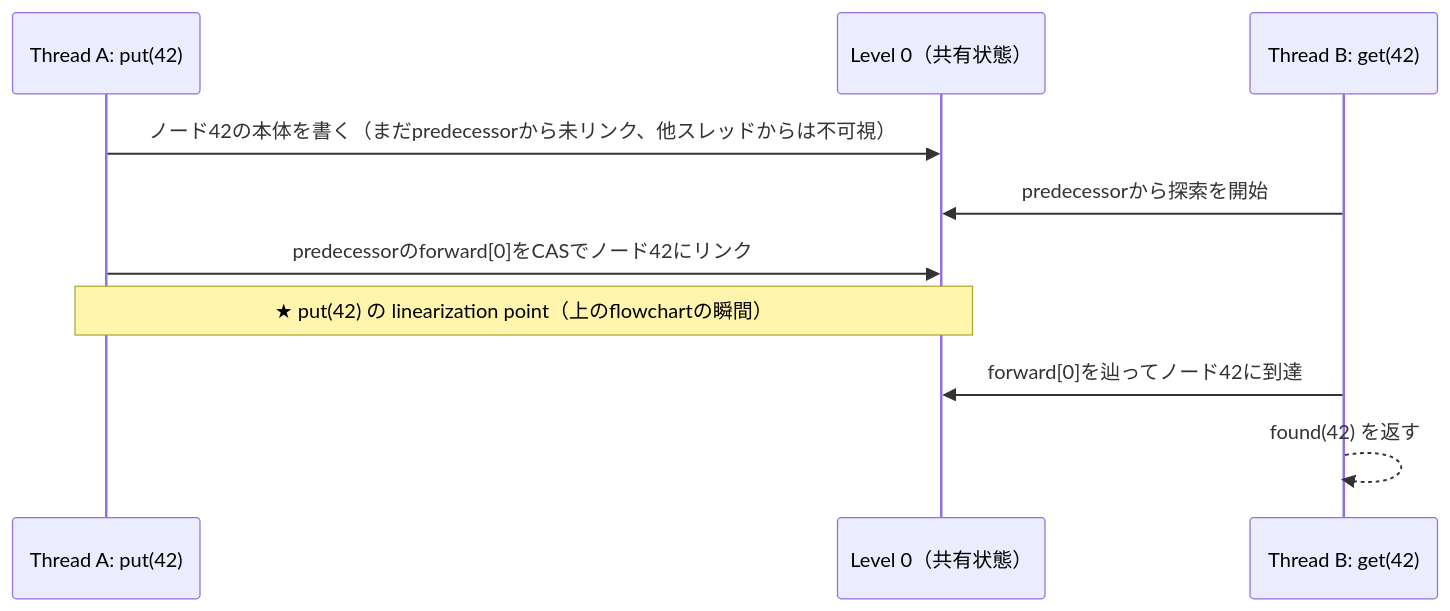
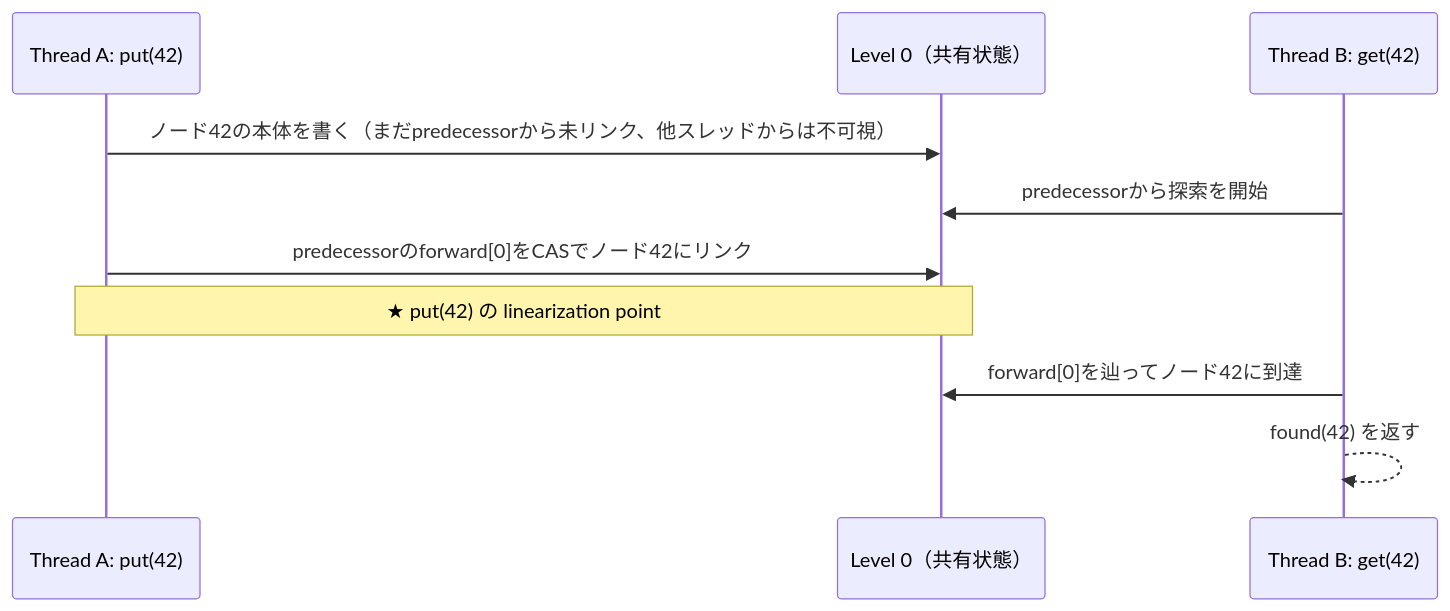
One commit to wasanemon/VMemKV changed the third of 3 diagrams in implementation/pskiplist/high_level_design.md. Above: the diagram before and after it, drawn with Mermaid. The commit also changed other lines of this file and 3 other files, not shown here.

````diff
--- a/implementation/pskiplist/high_level_design.md
+++ b/implementation/pskiplist/high_level_design.md
@@ -225,13 +218,13 @@
 ```mermaid
 sequenceDiagram
     participant A as Thread A: put(42)
     participant L0 as Level 0（共有状態）
     participant B as Thread B: get(42)
 
     A->>L0: ノード42の本体を書く（まだpredecessorから未リンク、他スレッドからは不可視）
     B->>L0: predecessorから探索を開始
     A->>L0: predecessorのforward[0]をCASでノード42にリンク
-    Note over A,L0: ★ put(42) の linearization point（上のflowchartの瞬間）
+    Note over A,L0: ★ put(42) の linearization point
     B->>L0: forward[0]を辿ってノード42に到達
     B-->>B: found(42) を返す
 ```
````
